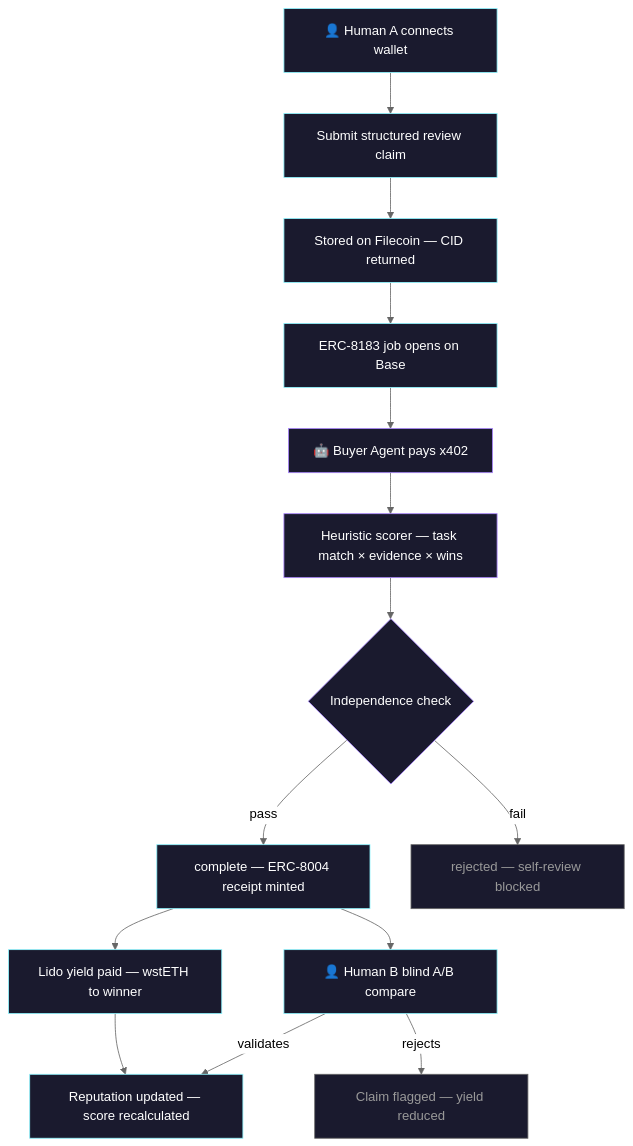
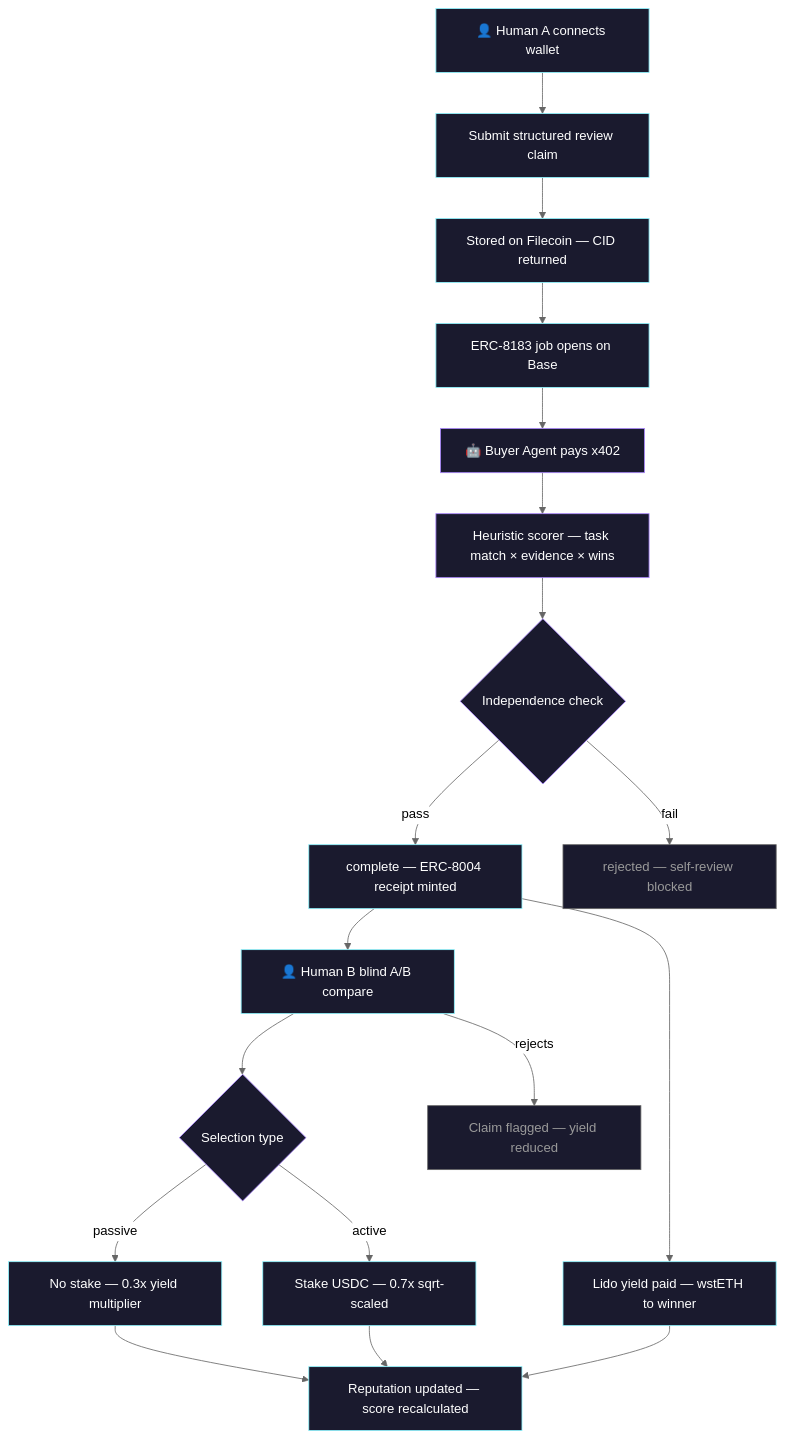
Before and after one commit to StakeHumanSignal/StakeHumanSignal: the first of 3 diagrams in README.md, drawn with Mermaid (neutral theme). The commit also changed other lines of this file and 5 other files, not shown here.

````diff
--- a/README.md
+++ b/README.md
@@ -15,30 +15,37 @@
 ```mermaid
 graph TD
     A[👤 Human A connects wallet] --> B[Submit structured review claim]
     B --> C[Stored on Filecoin — CID returned]
     C --> D[ERC-8183 job opens on Base]
     D --> E[🤖 Buyer Agent pays x402]
     E --> F[Heuristic scorer — task match × evidence × wins]
     F --> G{Independence check}
     G -->|pass| H[complete — ERC-8004 receipt minted]
     G -->|fail| I[rejected — self-review blocked]
     H --> J[Lido yield paid — wstETH to winner]
     H --> K[👤 Human B blind A/B compare]
-    K -->|validates| L[Reputation updated — score recalculated]
+    K --> K1{Selection type}
+    K1 -->|passive| K2[No stake — 0.3x yield multiplier]
+    K1 -->|active| K3[Stake USDC — 0.7x sqrt-scaled]
+    K2 --> L[Reputation updated — score recalculated]
+    K3 --> L
     K -->|rejects| M[Claim flagged — yield reduced]
     J --> L
 
     style A fill:#1a1a2e,stroke:#8ff5ff,color:#fff
     style B fill:#1a1a2e,stroke:#8ff5ff,color:#fff
     style C fill:#1a1a2e,stroke:#8ff5ff,color:#fff
     style D fill:#1a1a2e,stroke:#8ff5ff,color:#fff
     style E fill:#1a1a2e,stroke:#ac89ff,color:#fff
     style F fill:#1a1a2e,stroke:#ac89ff,color:#fff
     style G fill:#1a1a2e,stroke:#ac89ff,color:#fff
     style H fill:#1a1a2e,stroke:#8ff5ff,color:#fff
     style I fill:#1a1a2e,stroke:#666,color:#999
     style J fill:#1a1a2e,stroke:#8ff5ff,color:#fff
     style K fill:#1a1a2e,stroke:#8ff5ff,color:#fff
+    style K1 fill:#1a1a2e,stroke:#ac89ff,color:#fff
+    style K2 fill:#1a1a2e,stroke:#8ff5ff,color:#fff
+    style K3 fill:#1a1a2e,stroke:#8ff5ff,color:#fff
     style L fill:#1a1a2e,stroke:#8ff5ff,color:#fff
     style M fill:#1a1a2e,stroke:#666,color:#999
 ```
````
